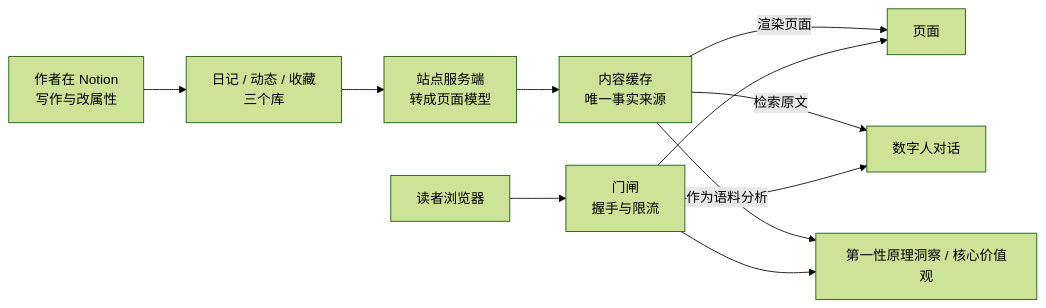
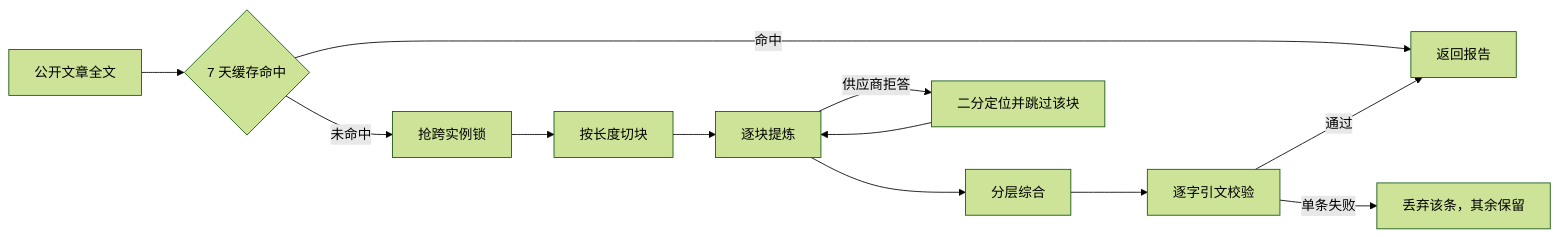
The eighth of 11 diagrams in README.md (DailyRhapsody/DailyRhapsody), drawn with Mermaid (forest theme) before and after one commit. The commit also changed other lines of this file, not shown here.

````diff
--- a/README.md
+++ b/README.md
@@ -48,13 +805,14 @@
 ```mermaid
 flowchart LR
-  A["作者在 Notion<br/>写作与改属性"] --> B["日记 / 动态 / 收藏<br/>三个库"]
-  B --> C["站点服务端<br/>转成页面模型"]
-  C --> D["内容缓存<br/>唯一事实来源"]
-  D -->|渲染页面| E["页面"]
-  D -->|检索原文| F["数字人对话"]
-  D -->|作为语料分析| G["第一性原理洞察 / 核心价值观"]
-  W["读者浏览器"] --> M["门闸<br/>握手与限流"]
-  M --> E
-  M --> F
-  M --> G
+  C["公开文章全文"] --> H{"7 天缓存命中"}
+  H -->|命中| P["返回报告"]
+  H -->|未命中| L["抢跨实例锁"]
+  L --> K["按长度切块"]
+  K --> R["逐块提炼"]
+  R --> G["分层综合"]
+  G --> V["逐字引文校验"]
+  V -->|通过| P
+  V -->|单条失败| D["丢弃该条，其余保留"]
+  R -->|供应商拒答| B["二分定位并跳过该块"]
+  B --> R
 ```
````
